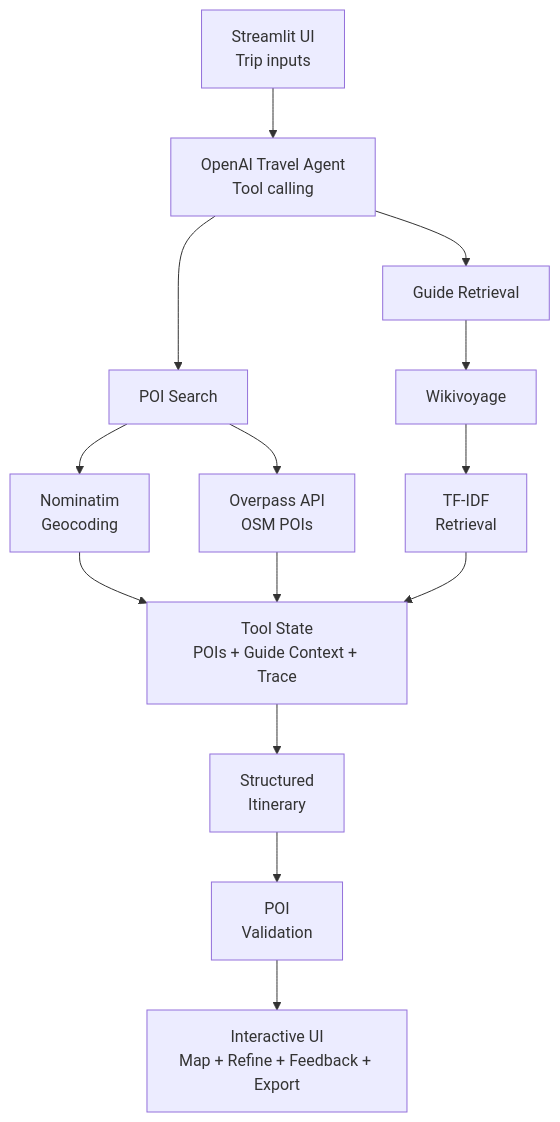
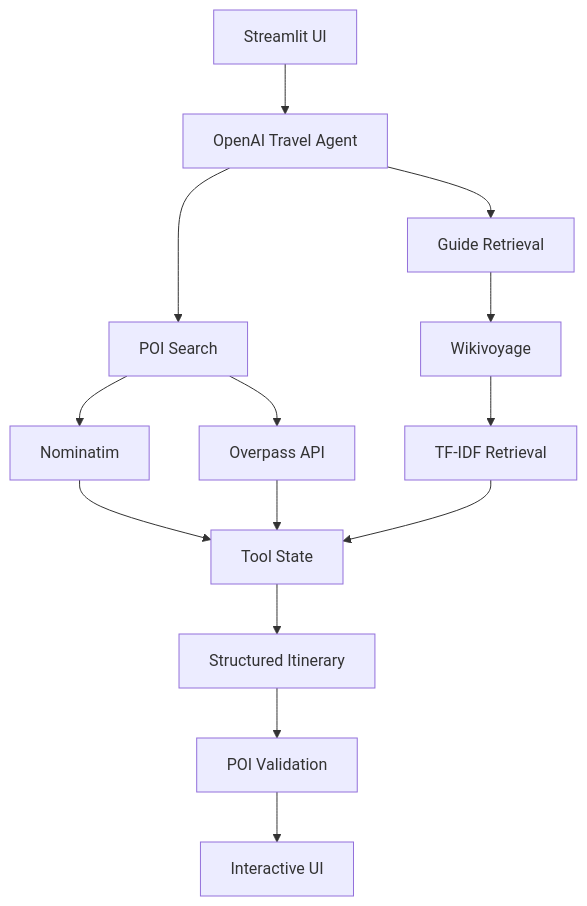
One commit to sdmad737/trip-agent changed the diagram in README.md. Above: the diagram before and after it, drawn with Mermaid. The commit also changed other lines of this file, not shown here.

Commit message:
Added to README file

````diff
--- a/README.md
+++ b/README.md
@@ -45,39 +45,38 @@
 ```mermaid
 flowchart TD
-    A["Streamlit UI<br/>Trip inputs"]
-    B["OpenAI Travel Agent<br/>Tool calling"]
+    A[Streamlit UI]
+    B[OpenAI Travel Agent]
 
-    C["POI Search"]
-    D["Guide Retrieval"]
+    C[POI Search]
+    D[Guide Retrieval]
 
-    E["Nominatim<br/>Geocoding"]
-    F["Overpass API<br/>OSM POIs"]
+    E[Nominatim]
+    F[Overpass API]
 
-    G["Wikivoyage"]
-    H["TF-IDF<br/>Retrieval"]
+    G[Wikivoyage]
+    H[TF-IDF Retrieval]
 
-    I["Tool State<br/>POIs + Guide Context + Trace"]
-
-    J["Structured<br/>Itinerary"]
-    K["POI<br/>Validation"]
-    L["Interactive UI<br/>Map + Refine + Feedback + Export"]
+    I[Tool State]
+    J[Structured Itinerary]
+    K[POI Validation]
+    L[Interactive UI]
 
     A --> B
 
     B --> C
     B --> D
 
     C --> E
     C --> F
 
     D --> G
     G --> H
 
     E --> I
     F --> I
     H --> I
 
     I --> J
     J --> K
     K --> L
 ```
````
